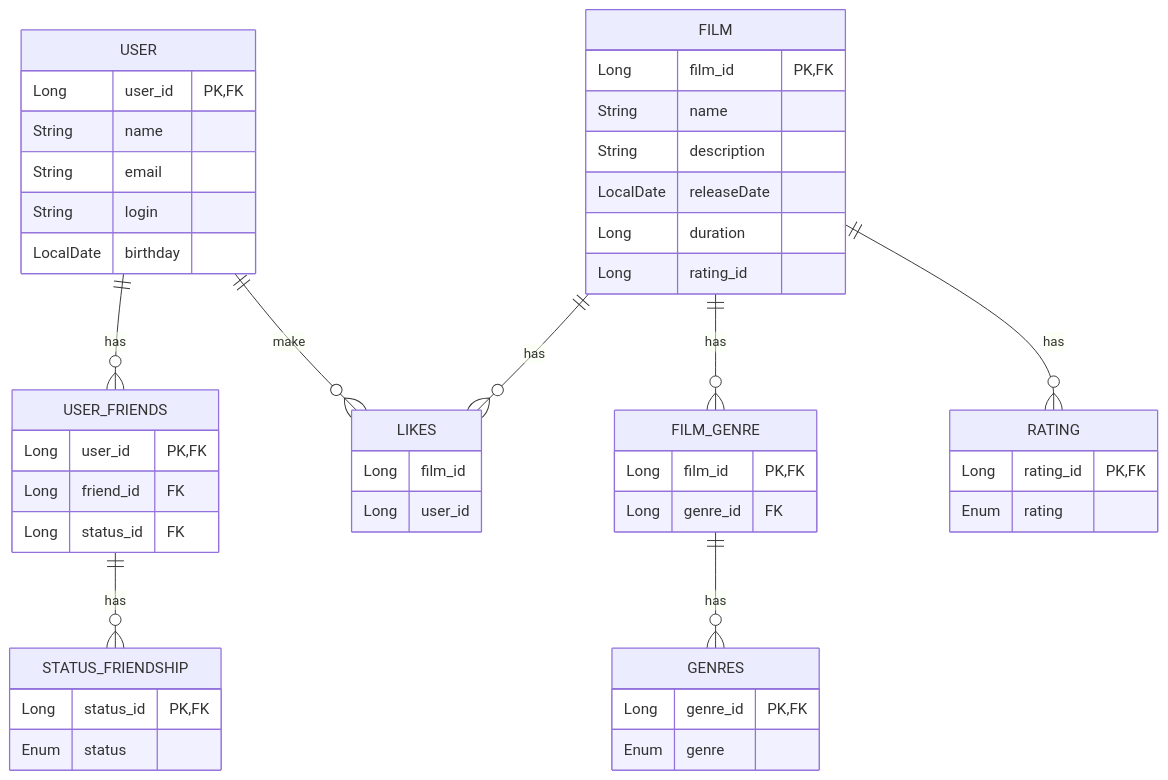
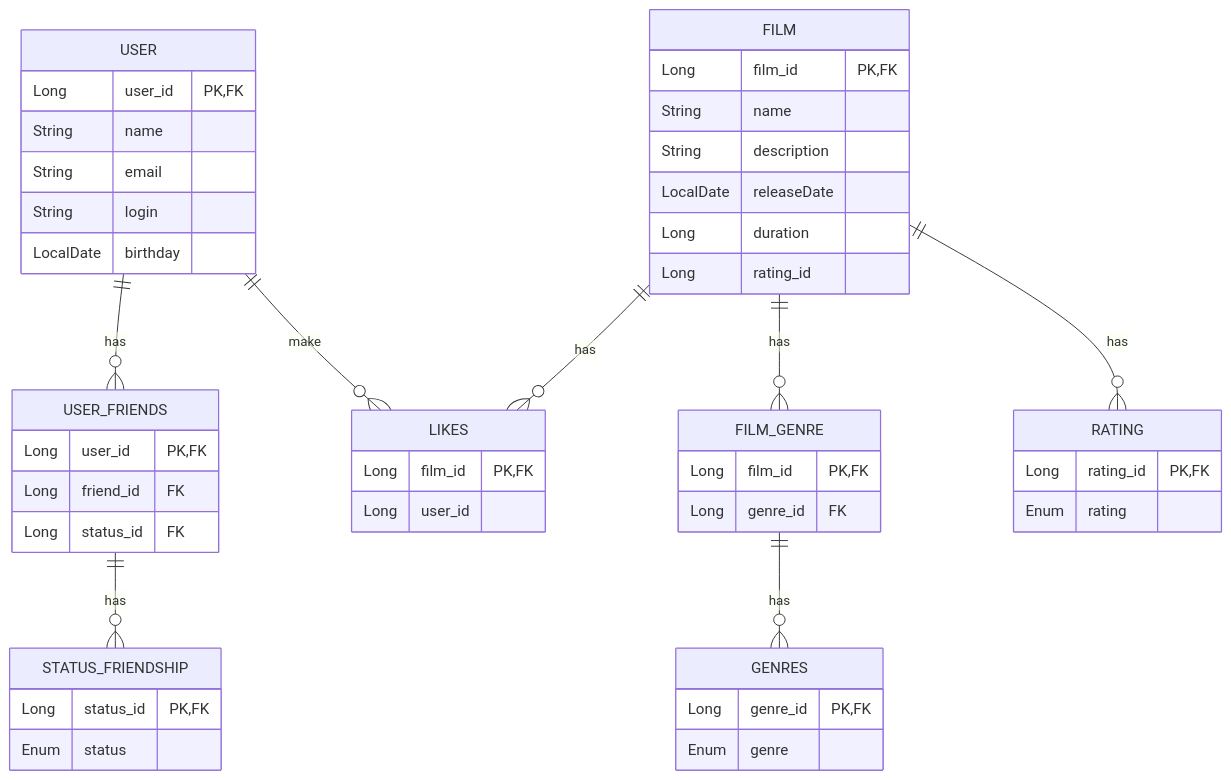
One commit to VolchenkoP/java-filmorate changed the diagram in README.md. Above: the diagram before and after it, drawn with Mermaid.

Commit message:
попроавить диаграмму 6

````diff
--- a/README.md
+++ b/README.md
@@ -7,50 +7,50 @@
 ```mermaid
 erDiagram
     USER || --o{ USER_FRIENDS : has
     USER || --o{ LIKES : make
     USER {
     Long user_id PK, FK
     String name
     String email
     String login
     LocalDate birthday
     }
     USER_FRIENDS || --o{ STATUS_FRIENDSHIP : has
     USER_FRIENDS {
     Long user_id PK, FK
     Long friend_id FK
     Long status_id FK
     }
     STATUS_FRIENDSHIP {
     Long status_id PK, FK
     Enum status
     }
     FILM || --o{ FILM_GENRE : has
     FILM || --o{ LIKES : has
     FILM || --o{ RATING : has
     FILM {
     Long film_id PK, FK
     String name
     String description
     LocalDate releaseDate
     Long duration
     Long rating_id
     }
     FILM_GENRE || --o{ GENRES : has
     FILM_GENRE {
     Long film_id PK, FK
     Long genre_id FK
     }
     GENRES {
     Long genre_id PK, FK
     Enum genre
     }
     RATING {
     Long rating_id PK, FK
     Enum rating
     }
     LIKES {
-    Long film_id
+    Long film_id PK, FK
     Long user_id
     }
 ```
````
